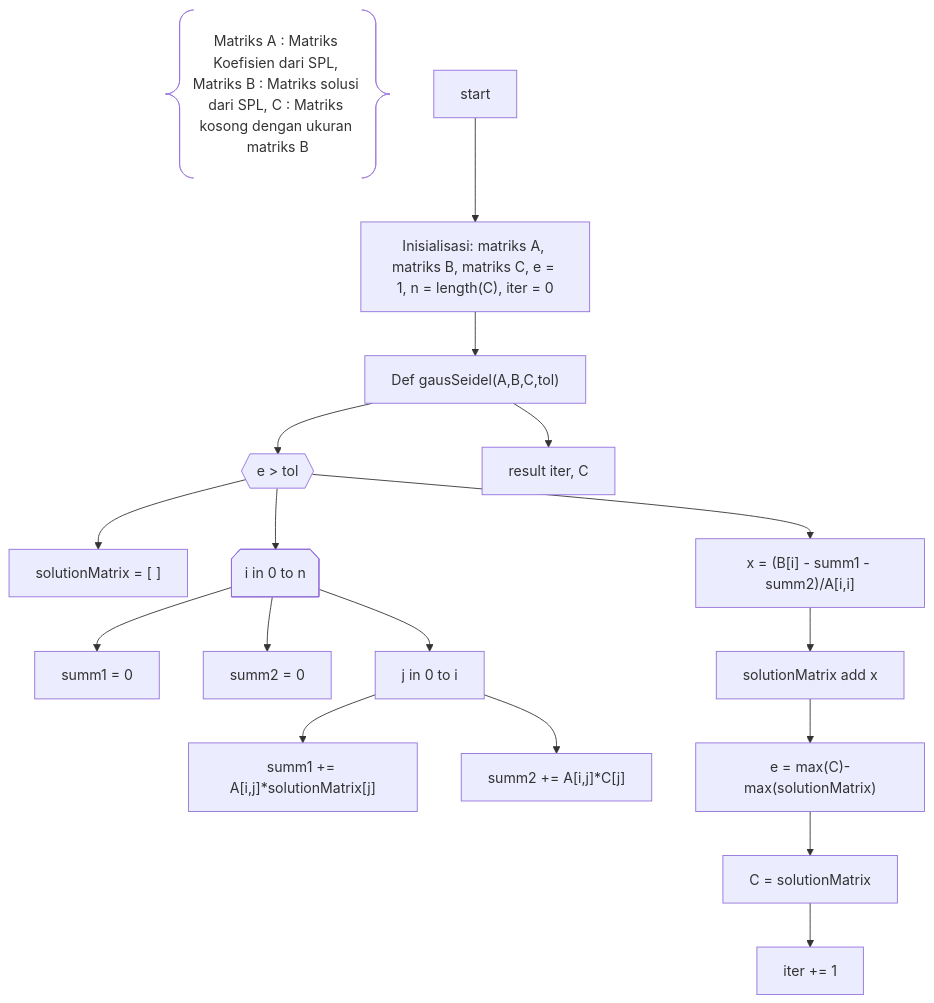
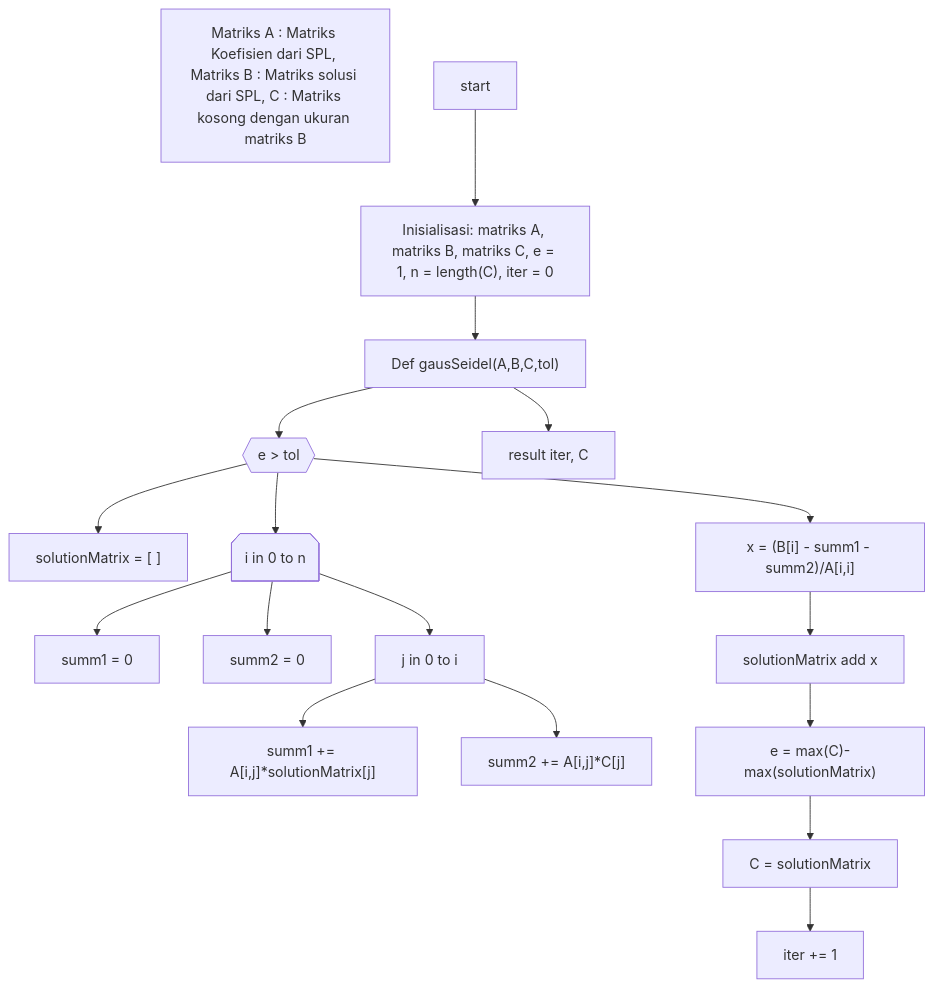
The diagram in Modul-3/metode-gauss-seidel.mmd (aslabkomfis/Komputasi-Numerik-24-25), drawn with Mermaid before and after one commit.

```diff
--- a/Modul-3/metode-gauss-seidel.mmd
+++ b/Modul-3/metode-gauss-seidel.mmd
@@ -1,18 +1,18 @@
 flowchart TD;
-    Z@{ shape: braces, label: "Matriks A : Matriks Koefisien dari SPL, Matriks B : Matriks solusi dari SPL, C : Matriks kosong dengan ukuran matriks B"} 
+    Z["Matriks A : Matriks Koefisien dari SPL, Matriks B : Matriks solusi dari SPL, C : Matriks kosong dengan ukuran matriks B"]
     A[start] --> B["Inisialisasi: matriks A, matriks B, matriks C, e = 1, n = length(C), iter = 0"] 
     B --> X["Def gausSeidel(A,B,C,tol)"]
     X --> C{{"e > tol"}}
     C --> D["solutionMatrix = [ ]"]
     C --> E@{shape: notch-pent, label: "i in 0 to n"}
     E --> F["summ1 = 0"]
     E --> G["summ2 = 0"]
     E --> H["j in 0 to i"]
     H --> I["summ1 += A[i,j]*solutionMatrix[j]"]
     H --> K["summ2 += A[i,j]*C[j]"]
     C --> L["x = (B[i] - summ1 - summ2)/A[i,i]"]
     L --> M["solutionMatrix add x"]
     M --> N["e = max(C)-max(solutionMatrix)"]
     N --> P["C = solutionMatrix"]
     P --> Q["iter += 1"]
     X --> R["result iter, C"]
```
